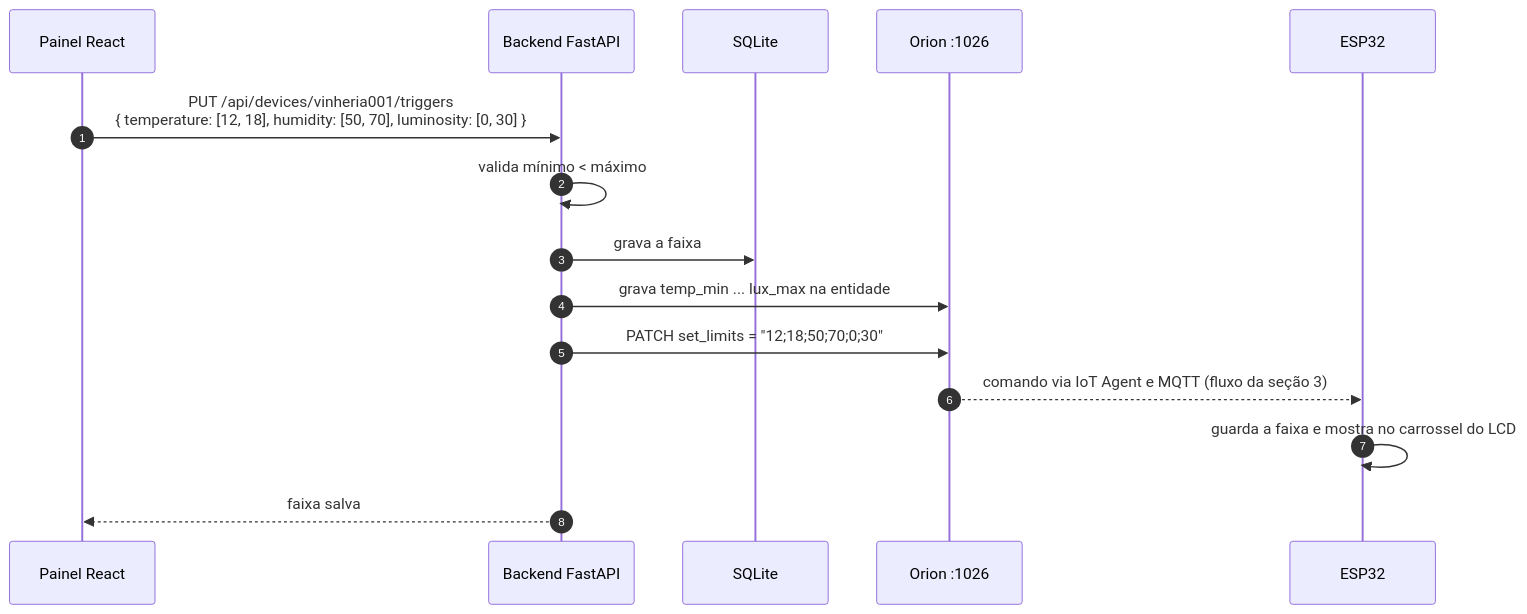
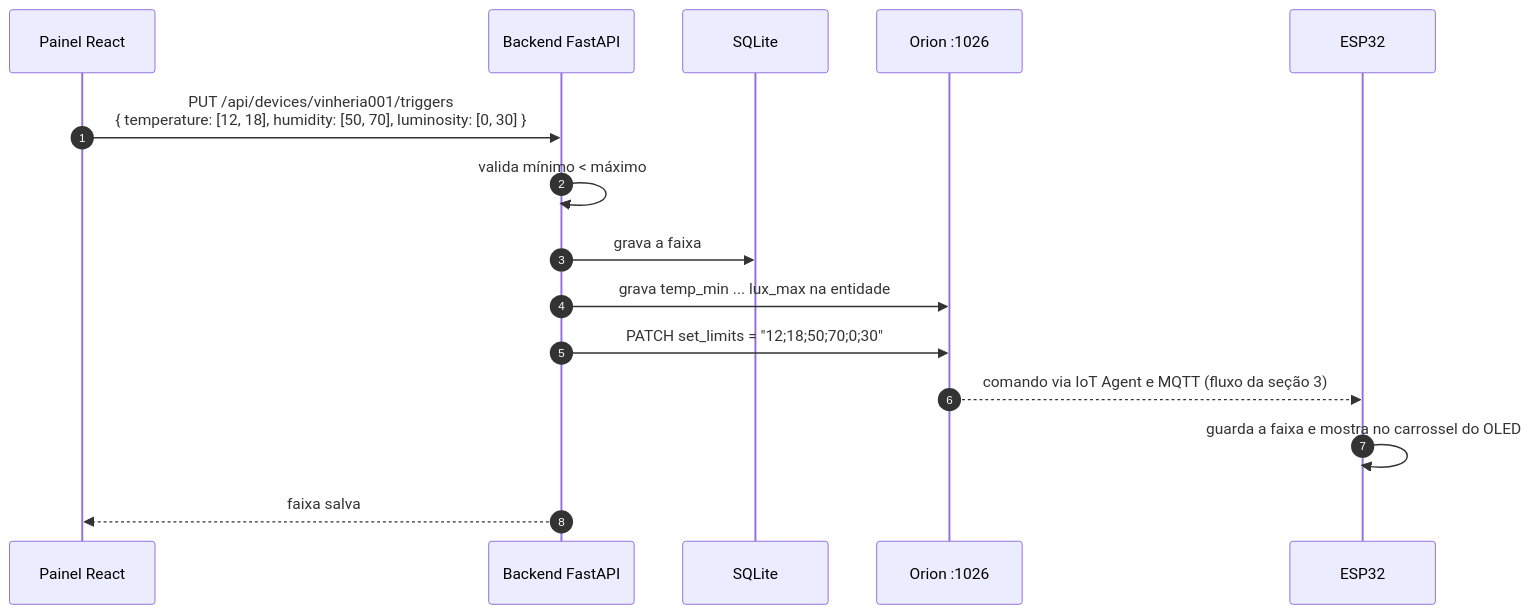
Before and after one commit to zackdevbr/Projeto-VinheriaFull: the fifth of 7 diagrams in docs/arquitetura.md, drawn with Mermaid. The commit also changed other lines of this file, not shown here.

Commit message:
docs: atualiza a arquitetura para o oled e o led rgb

````diff
--- a/docs/arquitetura.md
+++ b/docs/arquitetura.md
@@ -175,18 +175,18 @@
 ```mermaid
 sequenceDiagram
     autonumber
     participant FE as Painel React
     participant BE as Backend FastAPI
     participant DB as SQLite
     participant OR as Orion :1026
     participant ESP as ESP32
 
     FE->>BE: PUT /api/devices/vinheria001/triggers<br/>{ temperature: [12, 18], humidity: [50, 70], luminosity: [0, 30] }
     BE->>BE: valida mínimo < máximo
     BE->>DB: grava a faixa
     BE->>OR: grava temp_min ... lux_max na entidade
     BE->>OR: PATCH set_limits = "12#59;18#59;50#59;70#59;0#59;30"
     OR-->>ESP: comando via IoT Agent e MQTT (fluxo da seção 3)
-    ESP->>ESP: guarda a faixa e mostra no carrossel do LCD
+    ESP->>ESP: guarda a faixa e mostra no carrossel do OLED
     BE-->>FE: faixa salva
 ```
````
